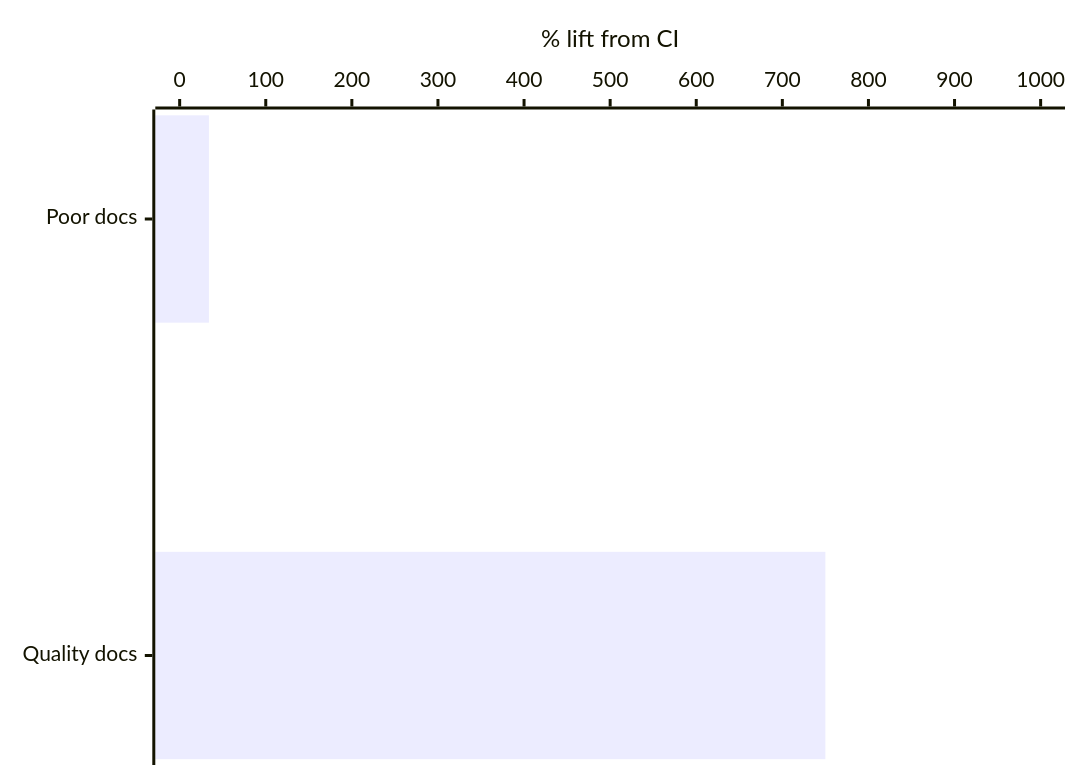
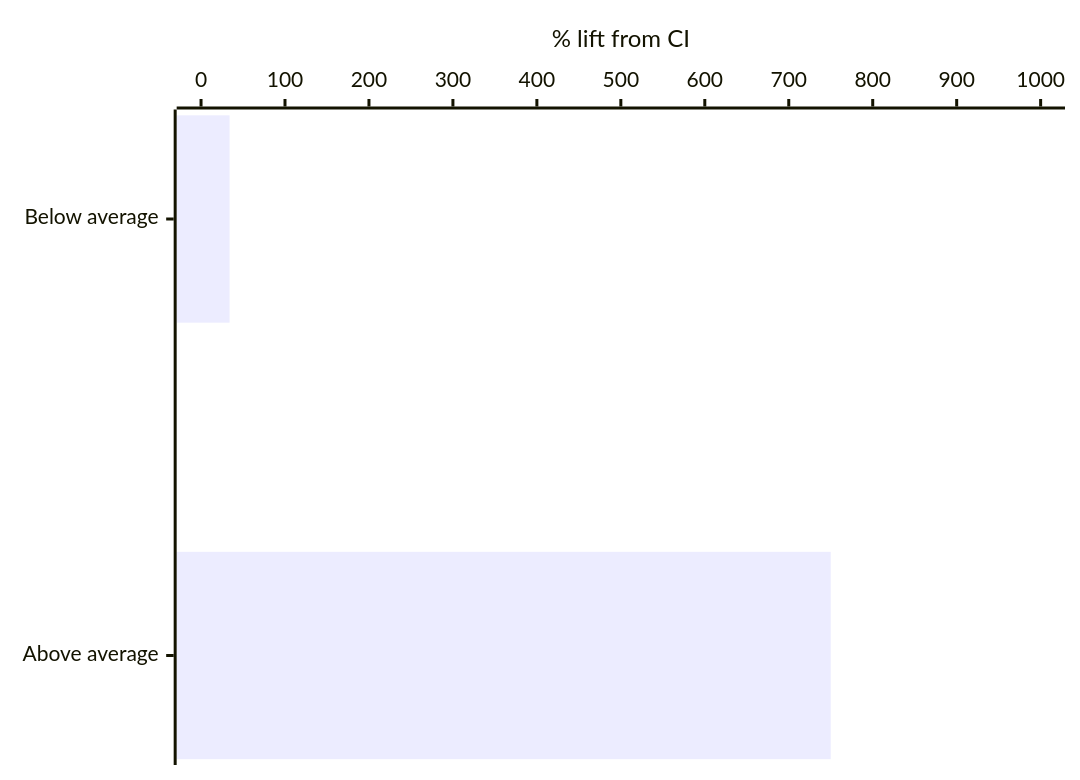
The diagram in content/diagrams/documentation-velocity/dora-multiplier.mmd (ninadpathak/ninadpathak), drawn with Mermaid before and after one commit. The commit also changed 31 other files, not shown here.

```diff
--- a/content/diagrams/documentation-velocity/dora-multiplier.mmd
+++ b/content/diagrams/documentation-velocity/dora-multiplier.mmd
@@ -1,12 +1,12 @@
 %% @fig 01
 %% @kicker The DORA multiplier
 %% @alt The performance lift that continuous integration gives a team in DORA's 2022 data, by documentation quality: 34% for teams below average and 750% for teams above average. Each tile is 50 percentage points.
 %% @caption DORA's 2022 data for continuous integration: a 34% lift in organizational performance with below-average documentation quality and 750% with above-average. Each tile is 50 points.
 %% @unit %
 %% @tile 50
 %% @callout 1:0
 %% @callout 1:1
 xychart-beta horizontal
-  x-axis ["Poor docs", "Quality docs"]
+  x-axis ["Below average", "Above average"]
   y-axis "% lift from CI" 0 --> 1000
   bar [34, 750]
```
